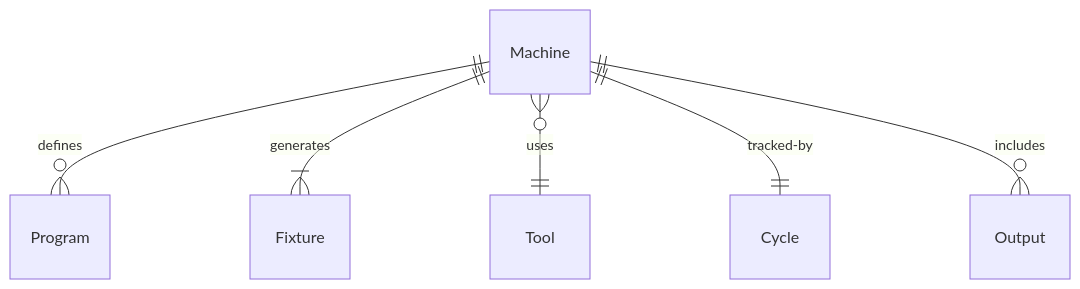
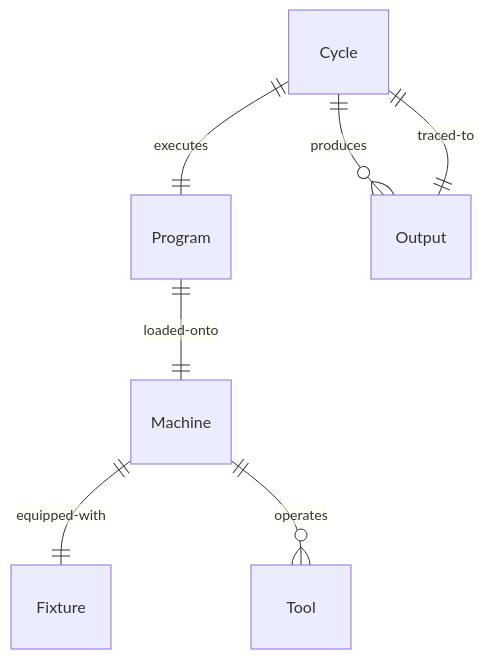
Before and after one commit to dot-org-ai/tasks.org.ai: the first of 4 diagrams in HandlingAndMovingObjects/FabricateDevicesOrComponents/FabricateProductsComponentsUsingMachine.mdx, drawn with Mermaid. The commit also changed other lines of this file and 515 other files, not shown here.

````diff
--- a/HandlingAndMovingObjects/FabricateDevicesOrComponents/FabricateProductsComponentsUsingMachine.mdx
+++ b/HandlingAndMovingObjects/FabricateDevicesOrComponents/FabricateProductsComponentsUsingMachine.mdx
@@ -89,8 +89,9 @@
 ```mermaid
 erDiagram
-    Machine ||--o{ Program : "defines"
-    Machine ||--|{ Fixture : "generates"
-    Machine }o--|| Tool : "uses"
-    Machine ||--|| Cycle : "tracked-by"
-    Machine ||--o{ Output : "includes"
+    Program ||--|| Machine : "loaded-onto"
+    Machine ||--|| Fixture : "equipped-with"
+    Machine ||--o{ Tool : "operates"
+    Cycle ||--|| Program : "executes"
+    Cycle ||--o{ Output : "produces"
+    Output ||--|| Cycle : "traced-to"
 ```
````
